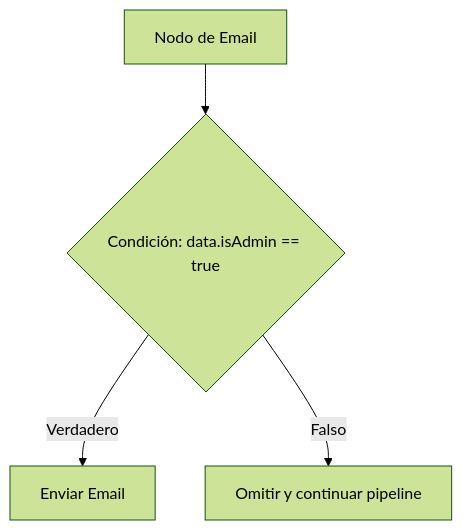
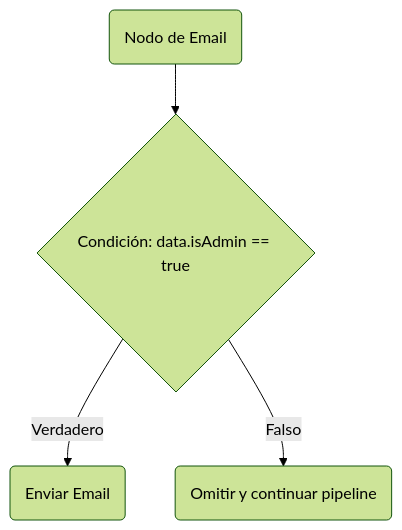
The diagram in content/docs/es/platform/concepts/workflows.mdx (KriyanshKhunt/nexus_docs), drawn with Mermaid (forest theme) before and after one commit. The commit also changed 20 other files, not shown here.

Commit message:
Handle es Mermaid charts

````diff
--- a/content/docs/es/platform/concepts/workflows.mdx
+++ b/content/docs/es/platform/concepts/workflows.mdx
@@ -49,6 +49,6 @@
 ```mermaid
 flowchart TD
-    Node[Nodo de Email] --> Check{Condición: data.isAdmin == true}
-    Check -->|Verdadero| Send[Enviar Email]
-    Check -->|Falso| Skip[Omitir y continuar pipeline]
+    Node(Nodo de Email) --> Check{Condición: data.isAdmin == true}
+    Check -->|Verdadero| Send(Enviar Email)
+    Check -->|Falso| Skip(Omitir y continuar pipeline)
 ```
````
